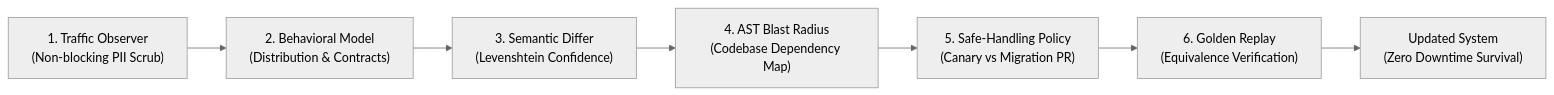
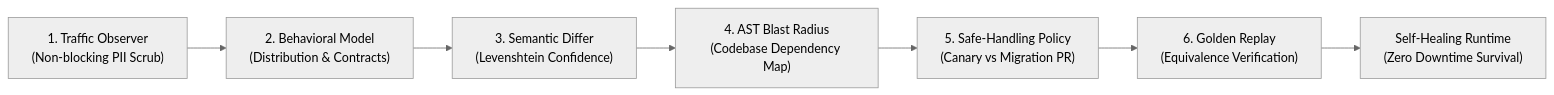
Before and after one commit to Precise-Goals/Falcons_CDGi_Hackathon: the first of 2 diagrams in Pitch.md, drawn with Mermaid (neutral theme). The commit also changed other lines of this file and 1 other file, not shown here.

````diff
--- a/Pitch.md
+++ b/Pitch.md
@@ -54,9 +63,9 @@
 ```mermaid
 flowchart LR
     A["1. Traffic Observer\n(Non-blocking PII Scrub)"] --> B["2. Behavioral Model\n(Distribution & Contracts)"]
     B --> C["3. Semantic Differ\n(Levenshtein Confidence)"]
     C --> D["4. AST Blast Radius\n(Codebase Dependency Map)"]
     D --> E["5. Safe-Handling Policy\n(Canary vs Migration PR)"]
     E --> F["6. Golden Replay\n(Equivalence Verification)"]
-    F --> G["Updated System\n(Zero Downtime Survival)"]
+    F --> G["Self-Healing Runtime\n(Zero Downtime Survival)"]
 ```
````
